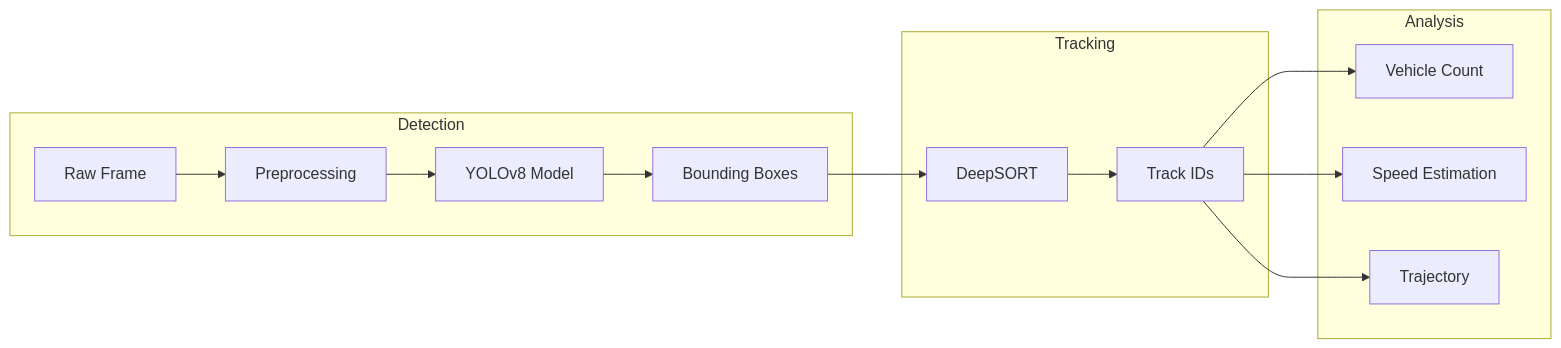
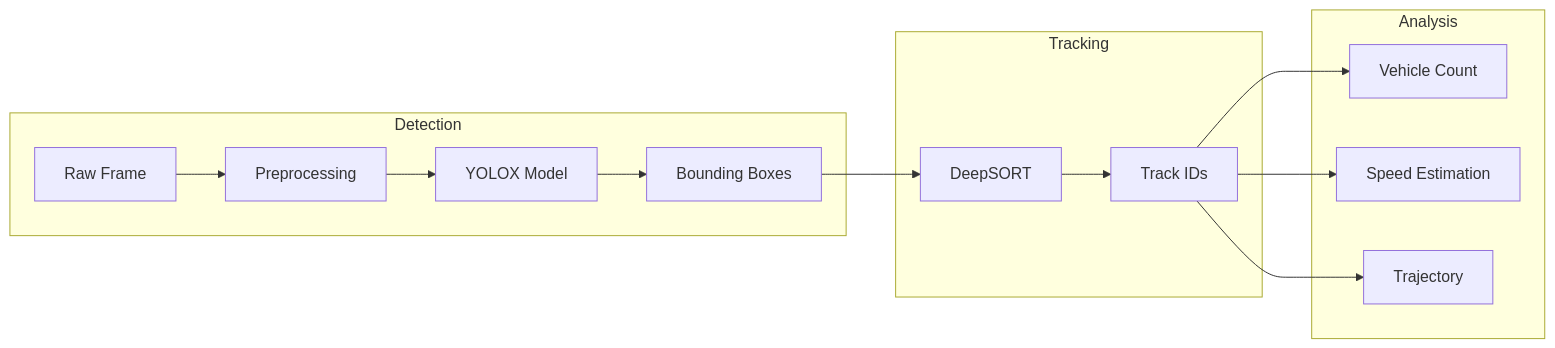
One commit to NguyenNhatquang522004/UIP-Urban_Intelligence_Platform changed the second of 5 diagrams in wiki/Data-Flow.md. Above: the diagram before and after it, drawn with Mermaid. The commit also changed other lines of this file and 16 other files, not shown here.

````diff
--- a/wiki/Data-Flow.md
+++ b/wiki/Data-Flow.md
@@ -158,19 +158,19 @@
 ```mermaid
 flowchart LR
     subgraph Detection
         A[Raw Frame] --> B[Preprocessing]
-        B --> C[YOLOv8 Model]
+        B --> C[YOLOX Model]
         C --> D[Bounding Boxes]
     end
     
     subgraph Tracking
         D --> E[DeepSORT]
         E --> F[Track IDs]
     end
     
     subgraph Analysis
         F --> G[Vehicle Count]
         F --> H[Speed Estimation]
         F --> I[Trajectory]
     end
 ```
````
